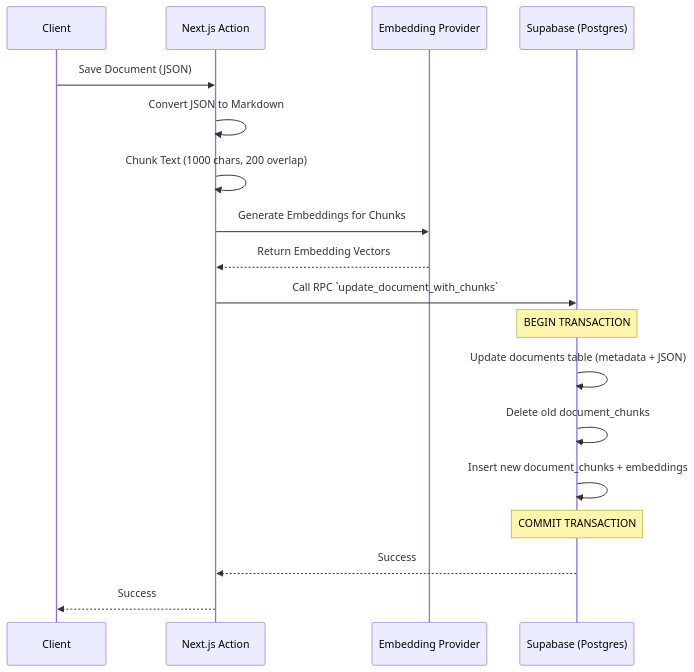
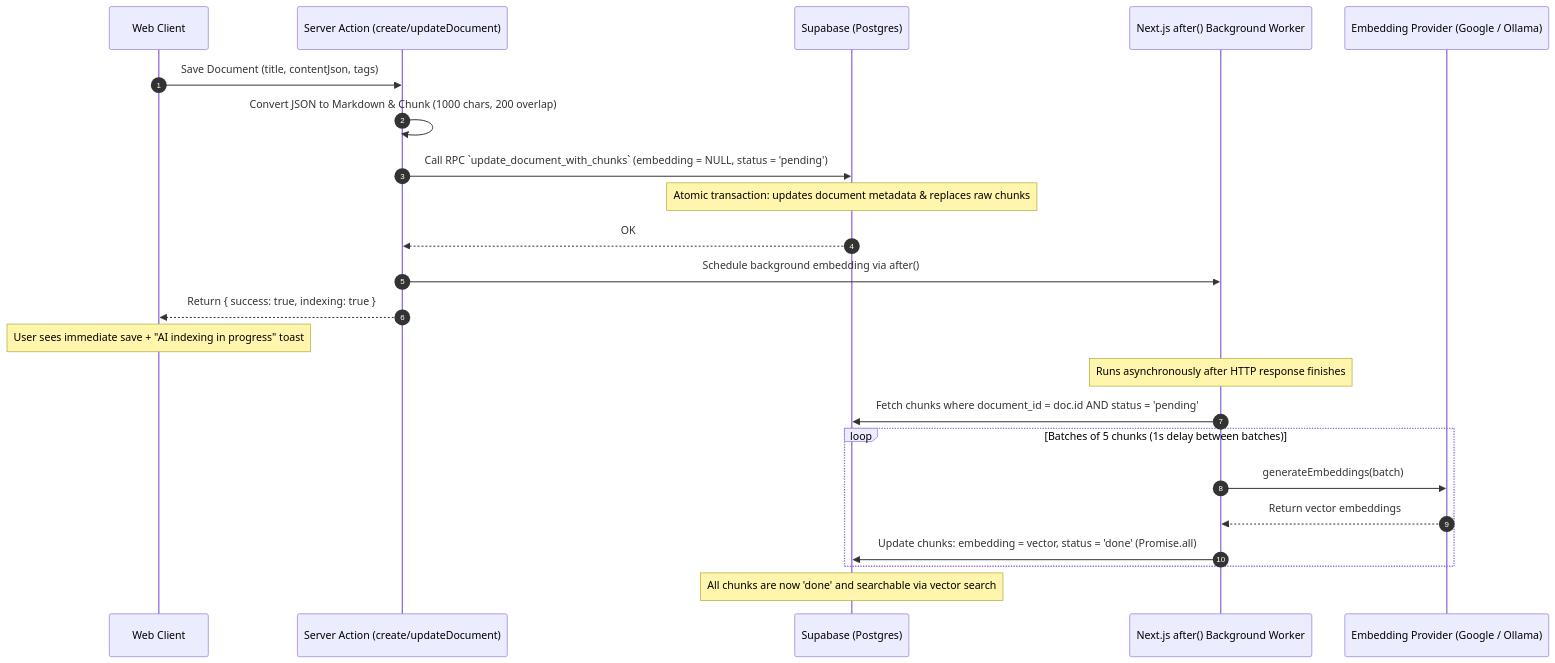
The diagram in docs/DOCUMENT_SAVE_FLOW.md (johndev4/sylo-knl), drawn with Mermaid before and after one commit. The commit also changed other lines of this file and 11 other files, not shown here.

Commit message:
feat(embedding): add asynchronous background embedding pipeline and cron worker API

````diff
--- a/docs/DOCUMENT_SAVE_FLOW.md
+++ b/docs/DOCUMENT_SAVE_FLOW.md
@@ -17,21 +20,27 @@
 ```mermaid
 sequenceDiagram
-    participant Client
-    participant Server as Next.js Action
-    participant AI as Embedding Provider
+    autonumber
+    participant Client as Web Client
+    participant Server as Server Action (create/updateDocument)
     participant DB as Supabase (Postgres)
+    participant BgWorker as Next.js after() Background Worker
+    participant AI as Embedding Provider (Google / Ollama)
 
-    Client->>Server: Save Document (JSON)
-    Server->>Server: Convert JSON to Markdown
-    Server->>Server: Chunk Text (1000 chars, 200 overlap)
-    Server->>AI: Generate Embeddings for Chunks
-    AI-->>Server: Return Embedding Vectors
-    Server->>DB: Call RPC `update_document_with_chunks`
-    Note over DB: BEGIN TRANSACTION
-    DB->>DB: Update documents table (metadata + JSON)
-    DB->>DB: Delete old document_chunks
-    DB->>DB: Insert new document_chunks + embeddings
-    Note over DB: COMMIT TRANSACTION
-    DB-->>Server: Success
-    Server-->>Client: Success
+    Client->>Server: Save Document (title, contentJson, tags)
+    Server->>Server: Convert JSON to Markdown & Chunk (1000 chars, 200 overlap)
+    Server->>DB: Call RPC `update_document_with_chunks` (embedding = NULL, status = 'pending')
+    Note over DB: Atomic transaction: updates document metadata & replaces raw chunks
+    DB-->>Server: OK
+    Server->>BgWorker: Schedule background embedding via after()
+    Server-->>Client: Return { success: true, indexing: true }
+    Note over Client: User sees immediate save + "AI indexing in progress" toast
+
+    Note over BgWorker: Runs asynchronously after HTTP response finishes
+    BgWorker->>DB: Fetch chunks where document_id = doc.id AND status = 'pending'
+    loop Batches of 5 chunks (1s delay between batches)
+        BgWorker->>AI: generateEmbeddings(batch)
+        AI-->>BgWorker: Return vector embeddings
+        BgWorker->>DB: Update chunks: embedding = vector, status = 'done' (Promise.all)
+    end
+    Note over DB: All chunks are now 'done' and searchable via vector search
 ```
````
